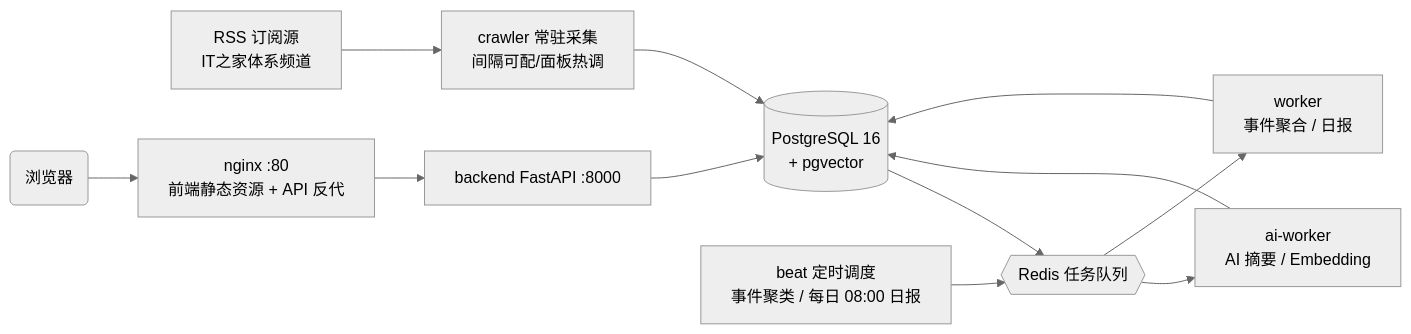
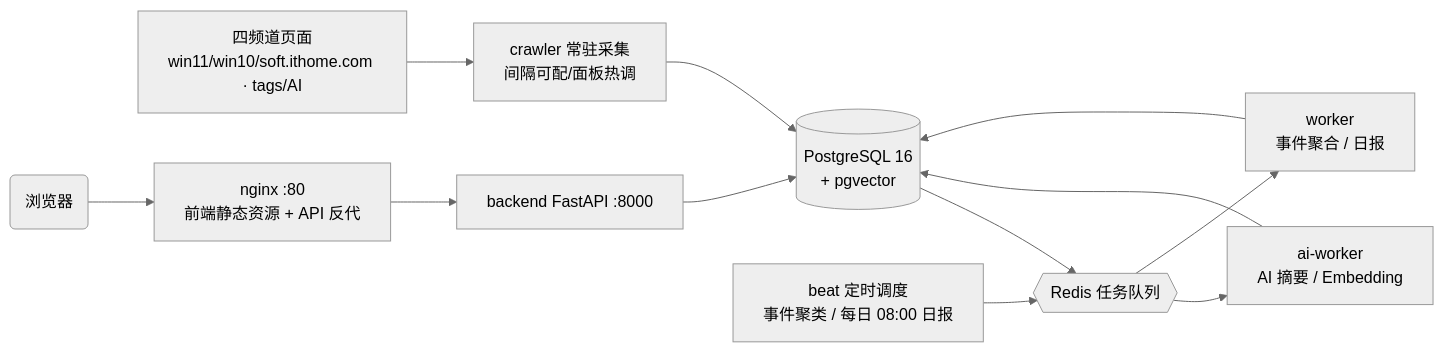
One commit to xuboboo/news changed the diagram in README.md. Above: the diagram before and after it, drawn with Mermaid (neutral theme). The commit also changed other lines of this file and 10 other files, not shown here.

````diff
--- a/README.md
+++ b/README.md
@@ -43,14 +43,14 @@
 ```mermaid
 flowchart LR
-    RSS[RSS 订阅源<br/>IT之家体系频道] --> CR[crawler 常驻采集<br/>间隔可配/面板热调]
+    SRC[四频道页面<br/>win11/win10/soft.ithome.com · tags/AI] --> CR[crawler 常驻采集<br/>间隔可配/面板热调]
     CR --> PG[(PostgreSQL 16<br/>+ pgvector)]
     PG --> RD{{Redis 任务队列}}
     RD --> AI[ai-worker<br/>AI 摘要 / Embedding]
     RD --> WK[worker<br/>事件聚合 / 日报]
     BT[beat 定时调度<br/>事件聚类 / 每日 08:00 日报] --> RD
     AI --> PG
     WK --> PG
     NG[nginx :80<br/>前端静态资源 + API 反代] --> BE[backend FastAPI :8000]
     BE --> PG
     U(浏览器) --> NG
 ```
````
